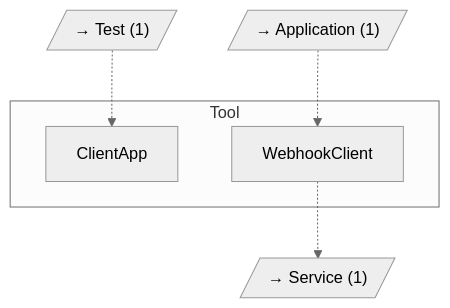
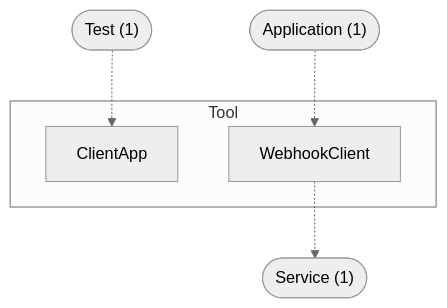
The diagram in output-eshop/docs/diagrams/category-tool.mmd (GanizaniSitara/tools-static-analysis), drawn with Mermaid (neutral theme) before and after one commit. The commit also changed 37 other files, not shown here.

First line of the commit message:
Fix Mermaid syntax error and add zoom controls to viewer

```diff
--- a/output-eshop/docs/diagrams/category-tool.mmd
+++ b/output-eshop/docs/diagrams/category-tool.mmd
@@ -1,11 +1,11 @@
 graph TD
     subgraph tool["Tool"]
         src_ClientApp["ClientApp"]
         src_WebhookClient["WebhookClient"]
     end
-    ext_application[/"→ Application (1)"/]
-    ext_service[/"→ Service (1)"/]
-    ext_test[/"→ Test (1)"/]
+    ext_application(["Application (1)"])
+    ext_service(["Service (1)"])
+    ext_test(["Test (1)"])
     ext_application -.-> src_WebhookClient
     src_WebhookClient -.-> ext_service
     ext_test -.-> src_ClientApp
```
